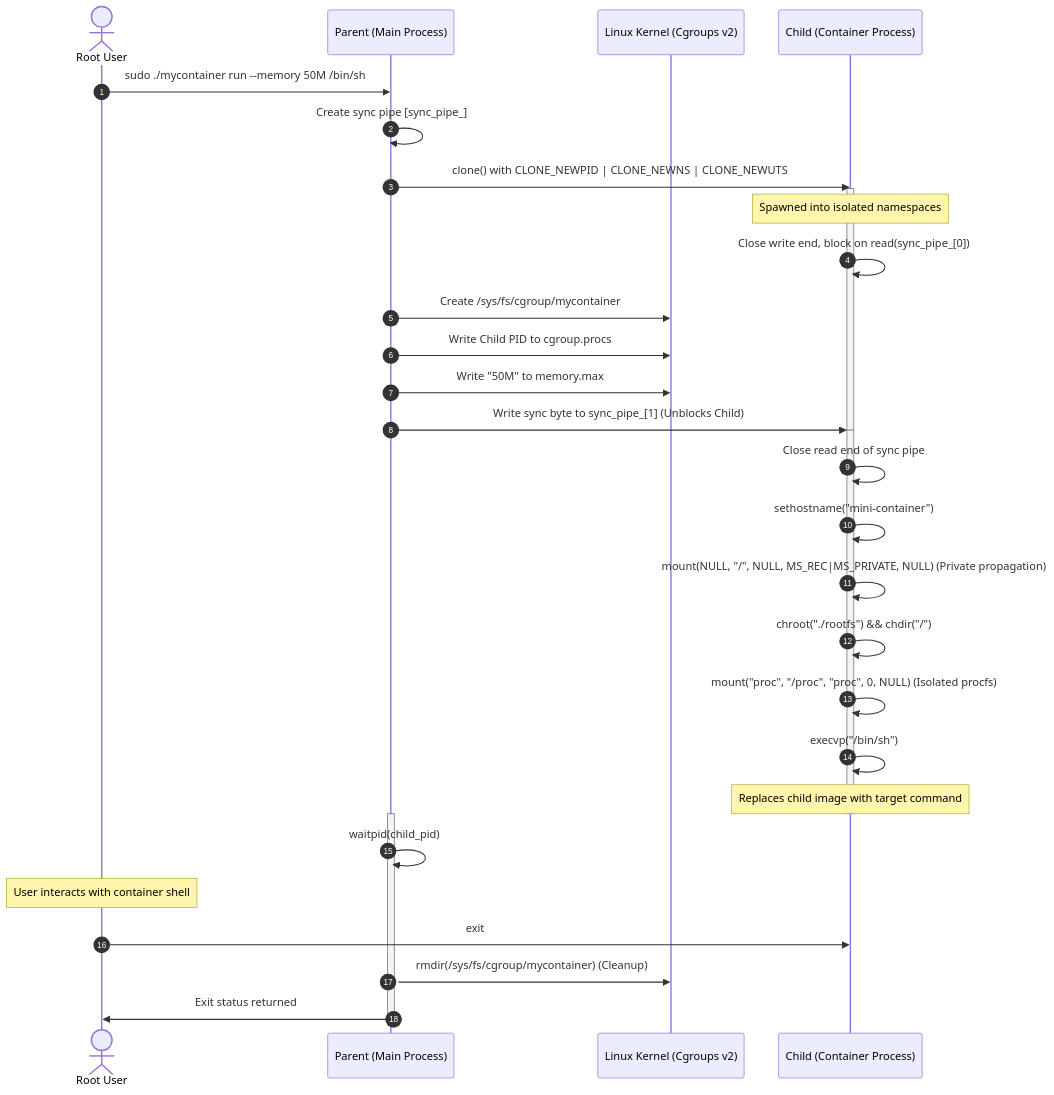
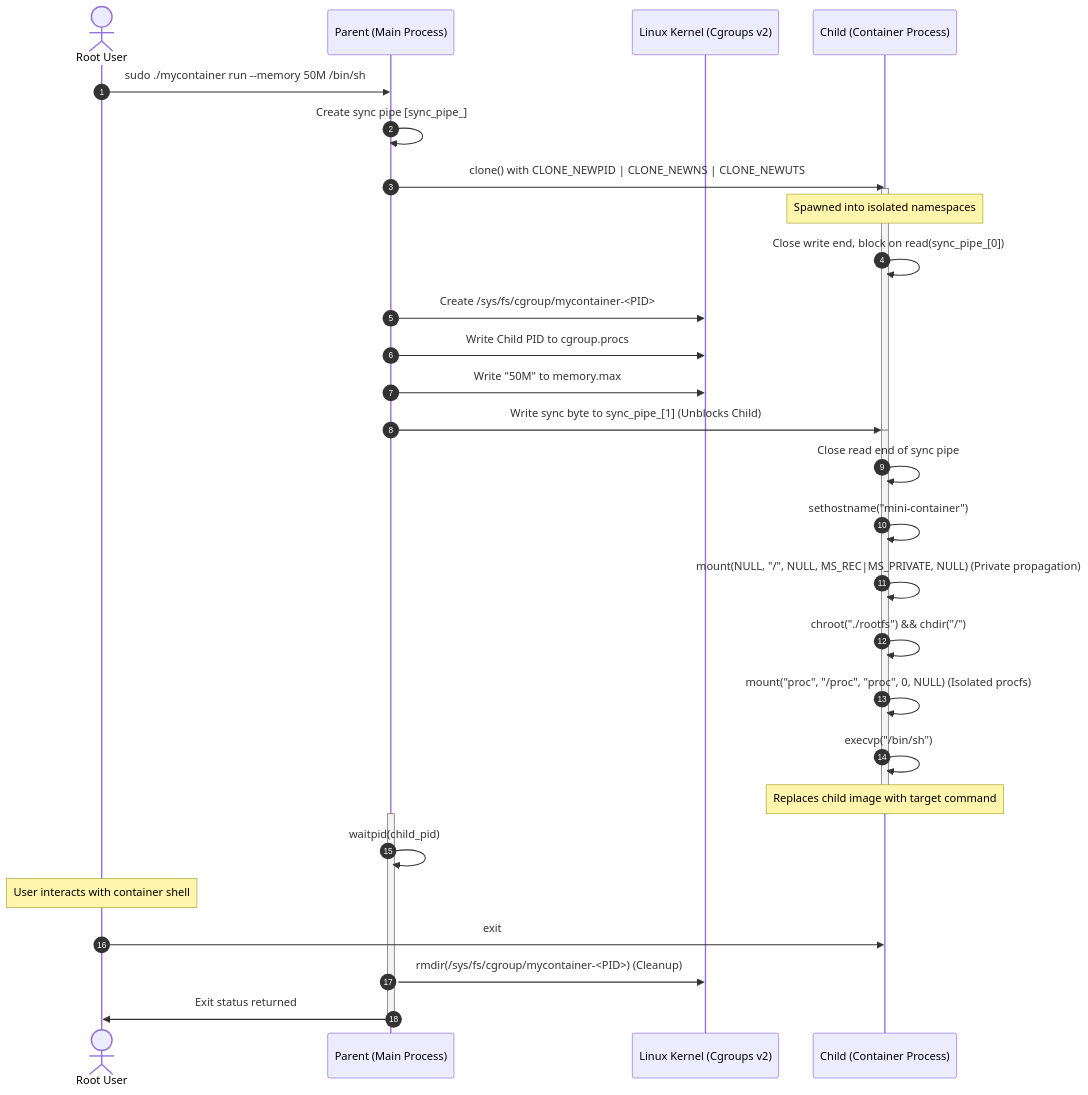
Before and after one commit to priyanshu7739410/mini_container: the diagram in README.md, drawn with Mermaid. The commit also changed other lines of this file and 6 other files, not shown here.

````diff
--- a/README.md
+++ b/README.md
@@ -23,39 +23,39 @@
 ```mermaid
 sequenceDiagram
     autonumber
     actor User as Root User
     participant Main as Parent (Main Process)
     participant Cgroup as Linux Kernel (Cgroups v2)
     participant Child as Child (Container Process)
 
     User->>Main: sudo ./mycontainer run --memory 50M /bin/sh
     Main->>Main: Create sync pipe [sync_pipe_]
     Main->>Child: clone() with CLONE_NEWPID | CLONE_NEWNS | CLONE_NEWUTS
     activate Child
     Note over Child: Spawned into isolated namespaces
     Child->>Child: Close write end, block on read(sync_pipe_[0])
     
-    Main->>Cgroup: Create /sys/fs/cgroup/mycontainer
+    Main->>Cgroup: Create /sys/fs/cgroup/mycontainer-<PID>
     Main->>Cgroup: Write Child PID to cgroup.procs
     Main->>Cgroup: Write "50M" to memory.max
     Main->>Child: Write sync byte to sync_pipe_[1] (Unblocks Child)
     deactivate Child
     
     activate Child
     Child->>Child: Close read end of sync pipe
     Child->>Child: sethostname("mini-container")
     Child->>Child: mount(NULL, "/", NULL, MS_REC|MS_PRIVATE, NULL) (Private propagation)
     Child->>Child: chroot("./rootfs") && chdir("/")
     Child->>Child: mount("proc", "/proc", "proc", 0, NULL) (Isolated procfs)
     Child->>Child: execvp("/bin/sh")
     Note over Child: Replaces child image with target command
     deactivate Child
     
     activate Main
     Main->>Main: waitpid(child_pid)
     Note over User: User interacts with container shell
     User->>Child: exit
-    Main->>Cgroup: rmdir(/sys/fs/cgroup/mycontainer) (Cleanup)
+    Main->>Cgroup: rmdir(/sys/fs/cgroup/mycontainer-<PID>) (Cleanup)
     Main->>User: Exit status returned
     deactivate Main
 ```
````
